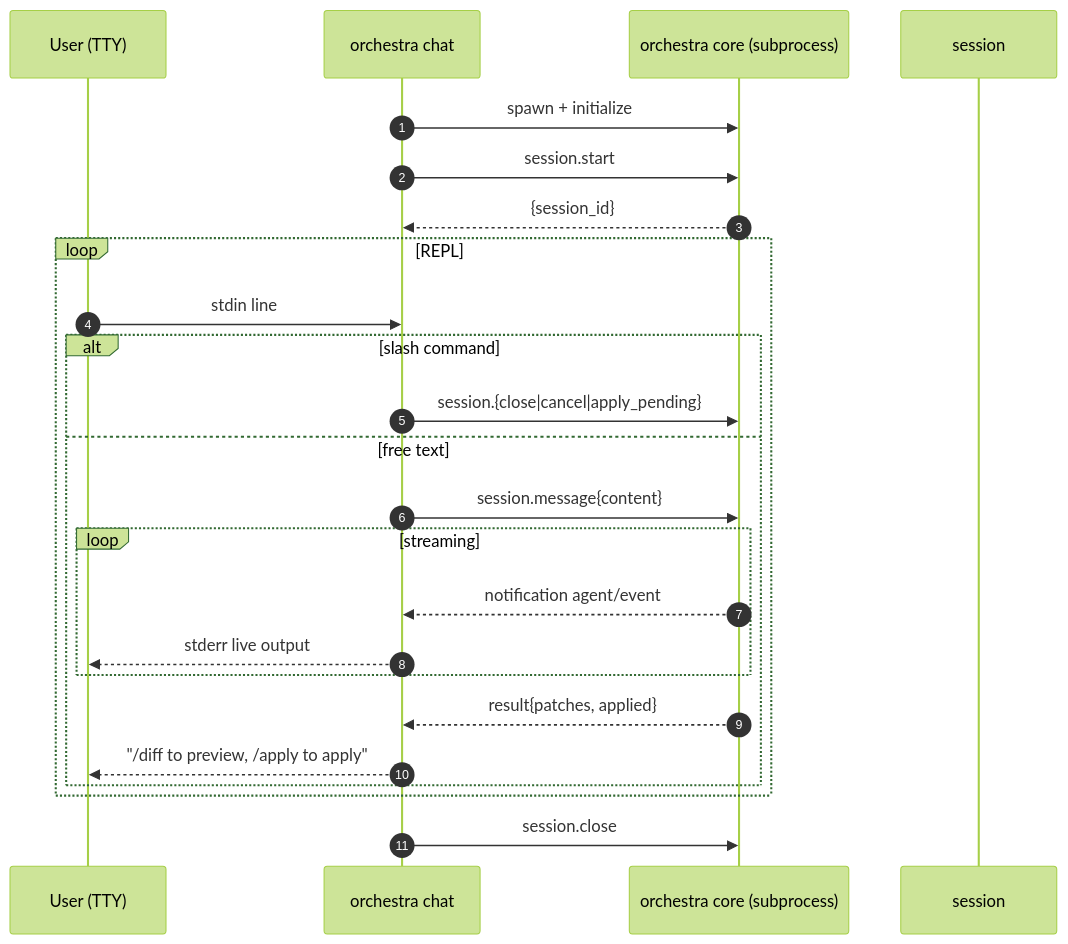
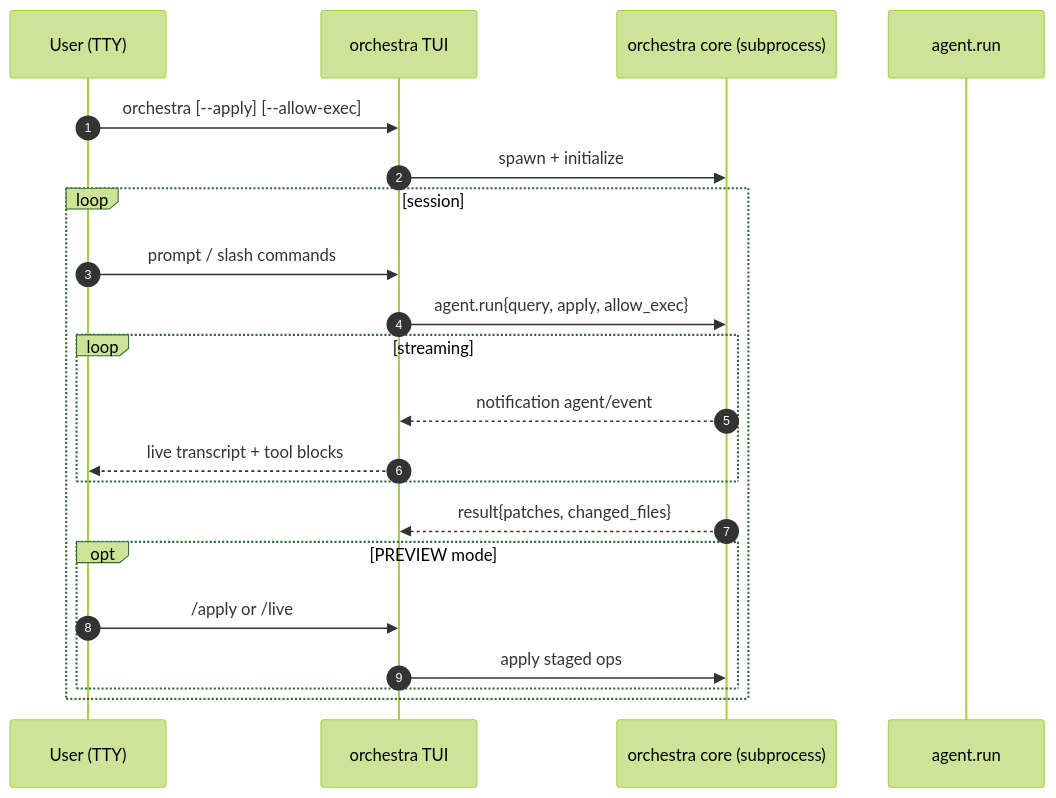
The fifth of 6 diagrams in docs/commands-and-modes.md (GreyKxtx/Orchestra), drawn with Mermaid (forest theme) before and after one commit. The commit also changed other lines of this file and 69 other files, not shown here.

First line of the commit message:
fix(pipeline): stabilize agent loop, plan mode, and subagents

````diff
--- a/docs/commands-and-modes.md
+++ b/docs/commands-and-modes.md
@@ -582,27 +580,24 @@
 ```mermaid
 sequenceDiagram
     autonumber
     participant U as User (TTY)
-    participant CLI as orchestra chat
+    participant TUI as orchestra TUI
     participant Core as orchestra core (subprocess)
-    participant Sess as session
+    participant Agent as agent.run
 
-    CLI->>Core: spawn + initialize
-    CLI->>Core: session.start
-    Core-->>CLI: {session_id}
-    loop REPL
-        U->>CLI: stdin line
-        alt slash command
-            CLI->>Core: session.{close|cancel|apply_pending}
-        else free text
-            CLI->>Core: session.message{content}
-            loop streaming
-                Core-->>CLI: notification agent/event
-                CLI-->>U: stderr live output
-            end
-            Core-->>CLI: result{patches, applied}
-            CLI-->>U: "/diff to preview, /apply to apply"
+    U->>TUI: orchestra [--apply] [--allow-exec]
+    TUI->>Core: spawn + initialize
+    loop session
+        U->>TUI: prompt / slash commands
+        TUI->>Core: agent.run{query, apply, allow_exec}
+        loop streaming
+            Core-->>TUI: notification agent/event
+            TUI-->>U: live transcript + tool blocks
+        end
+        Core-->>TUI: result{patches, changed_files}
+        opt PREVIEW mode
+            U->>TUI: /apply or /live
+            TUI->>Core: apply staged ops
         end
     end
-    CLI->>Core: session.close
 ```
````
